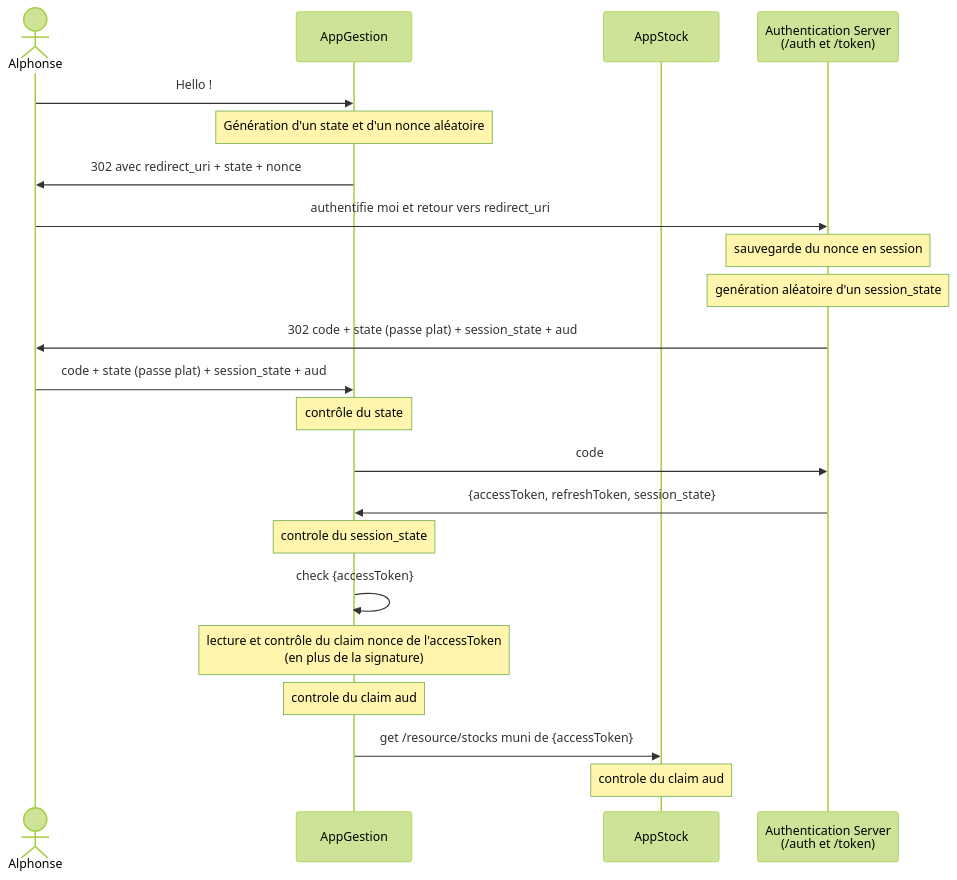
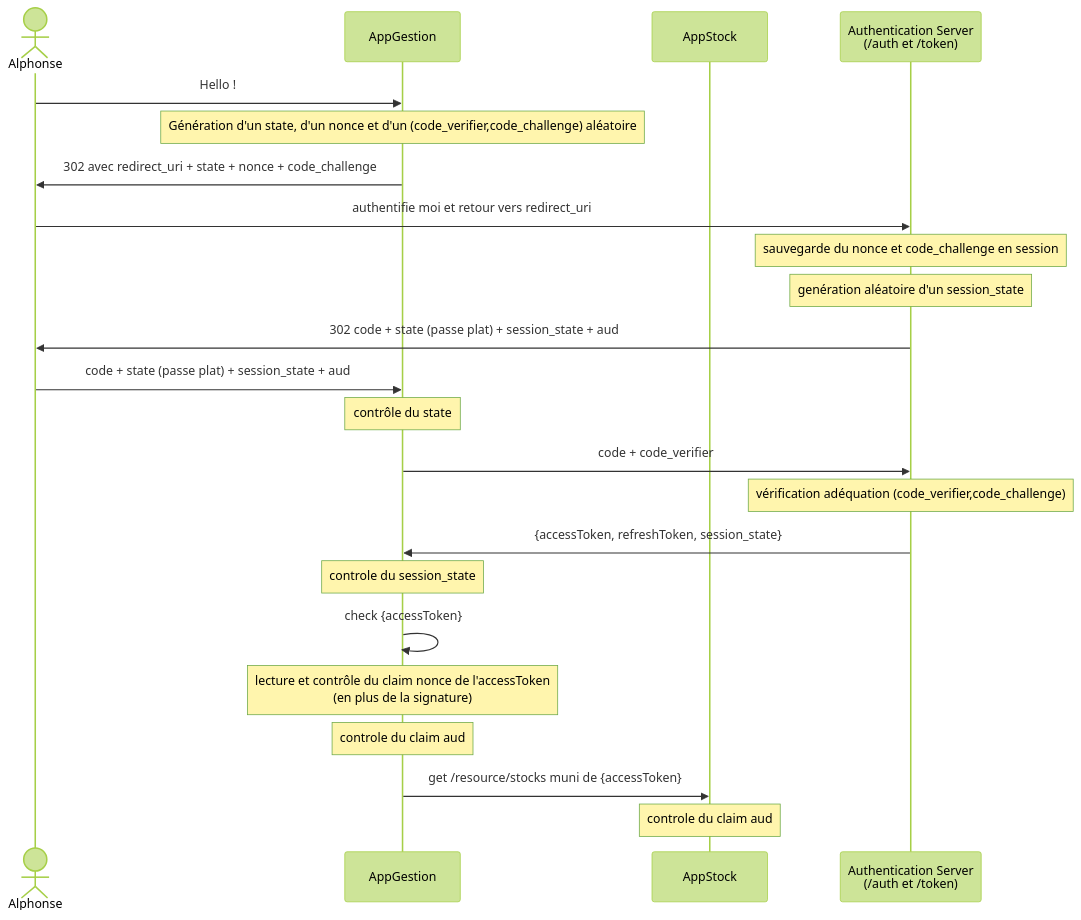
One commit to clement-dufaure/securite-applicative changed the fourth of 4 diagrams in docs/content/fr/docs/authentification/oidc/oidc.md. Above: the diagram before and after it, drawn with Mermaid (forest theme). The commit also changed other lines of this file and 1 other file, not shown here.

Commit message:
ajustements

```diff
--- a/docs/content/fr/docs/authentification/oidc/oidc.md
+++ b/docs/content/fr/docs/authentification/oidc/oidc.md
@@ -284,24 +284,25 @@
 {{< mermaid class="bg-white text-center" >}}
 sequenceDiagram
     actor U as Alphonse
     participant A as AppGestion
     participant S as AppStock 
     participant E as Authentication Server <br/> (/auth et /token)
     U->>A: Hello !
-    note over A: Génération d'un state et d'un nonce aléatoire
-    A->>U: 302 avec redirect_uri + state + nonce
+    note over A: Génération d'un state, d'un nonce et d'un (code_verifier,code_challenge) aléatoire
+    A->>U: 302 avec redirect_uri + state + nonce + code_challenge
     U->>E: authentifie moi et retour vers redirect_uri 
-    note over E: sauvegarde du nonce en session
+    note over E: sauvegarde du nonce et code_challenge en session
     note over E: genération aléatoire d'un session_state
     E->>U: 302 code + state (passe plat) + session_state + aud
     U->>A: code + state (passe plat) + session_state + aud
     note over A: contrôle du state
-    A->>E: code
+    A->>E: code + code_verifier
+    note over E: vérification adéquation (code_verifier,code_challenge)
     E->>A: {accessToken, refreshToken, session_state}
     note over A: controle du session_state
     A->>A: check {accessToken}
     note over A: lecture et contrôle du claim nonce de l'accessToken <br/> (en plus de la signature)
     note over A: controle du claim aud
     A->>S: get /resource/stocks muni de {accessToken}
     note over S: controle du claim aud
 {{< /mermaid >}}
```
